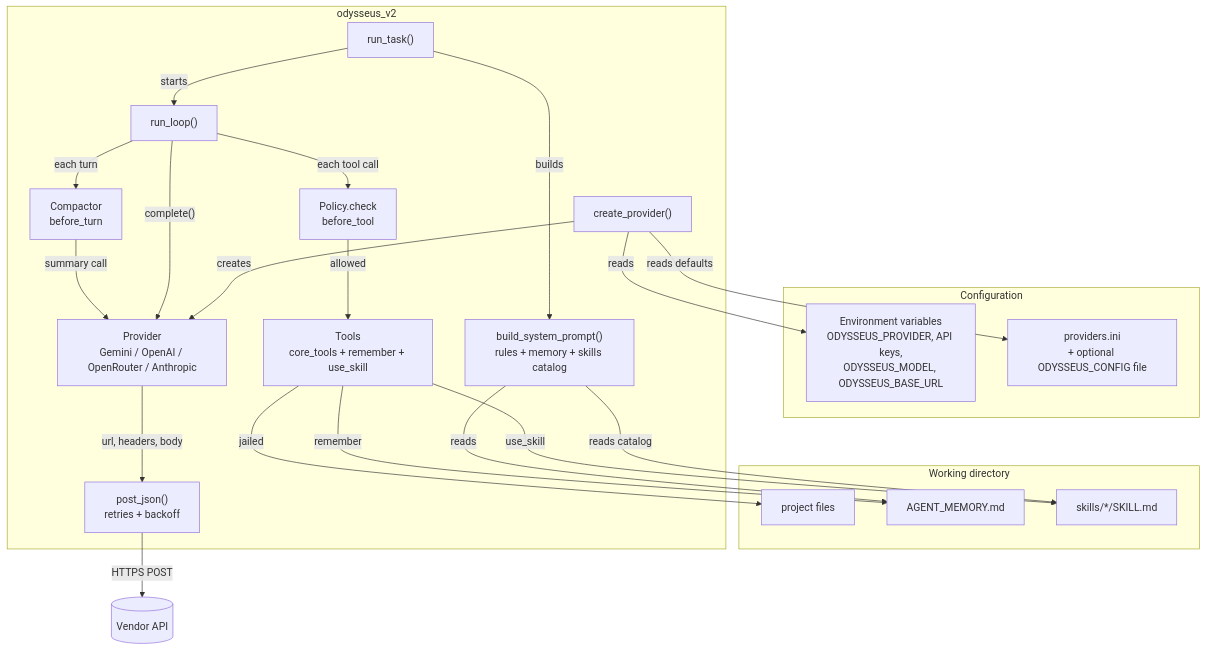
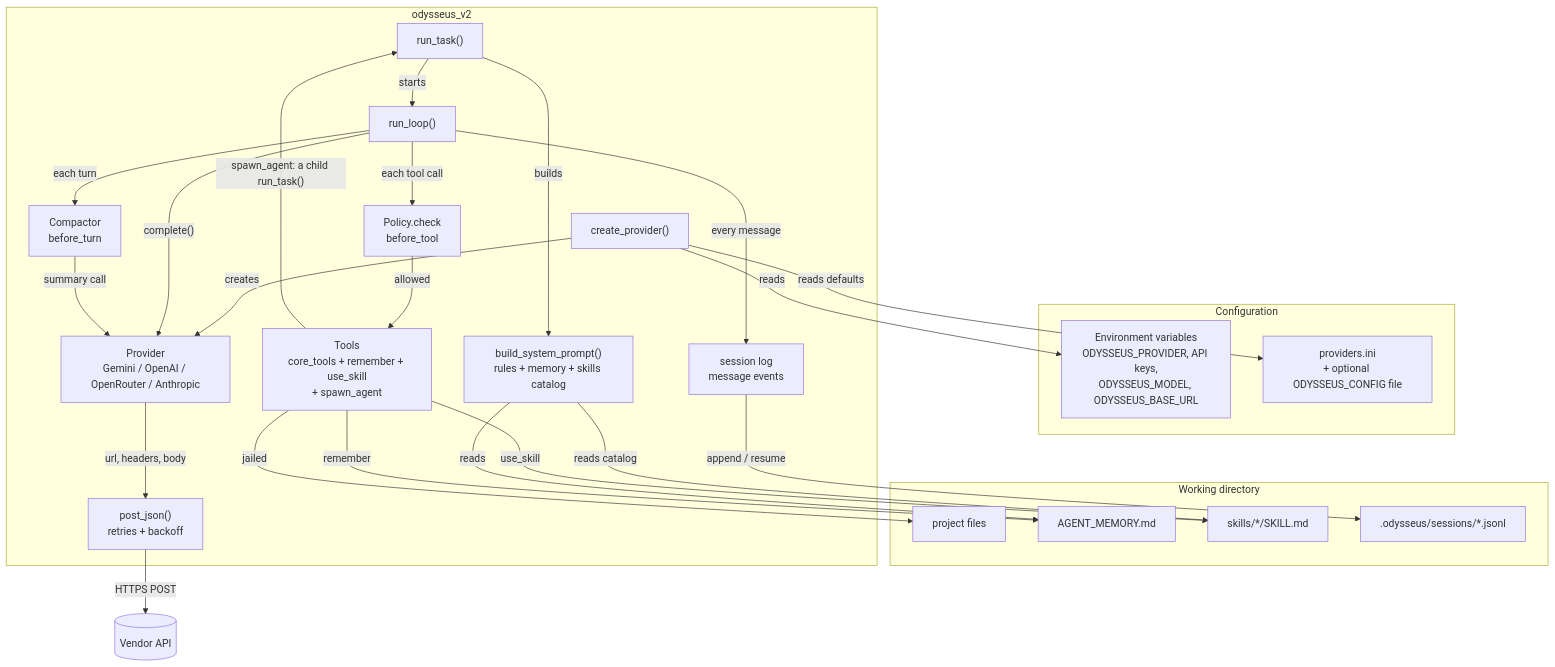
The first of 3 diagrams in odysseus/README.md (kirankumar0710/ai-harness), drawn with Mermaid before and after one commit. The commit also changed other lines of this file and 13 other files, not shown here.

First line of the commit message:
Add the session log, resume after a crash, sub-agents, and the durability demo

````diff
--- a/odysseus/README.md
+++ b/odysseus/README.md
@@ -226,45 +251,50 @@
 ```mermaid
 flowchart TB
     subgraph config["Configuration"]
         env["Environment variables<br/>ODYSSEUS_PROVIDER, API keys,<br/>ODYSSEUS_MODEL, ODYSSEUS_BASE_URL"]
         ini["providers.ini<br/>+ optional ODYSSEUS_CONFIG file"]
     end
 
     subgraph project["Working directory"]
         files["project files"]
         mem["AGENT_MEMORY.md"]
         skills["skills/*/SKILL.md"]
+        sessions[".odysseus/sessions/*.jsonl"]
     end
 
     subgraph odysseus["odysseus_v2"]
         task["run_task()"]
         prompt["build_system_prompt()<br/>rules + memory + skills catalog"]
         loop["run_loop()"]
         compactor["Compactor<br/>before_turn"]
         gate["Policy.check<br/>before_tool"]
-        tools["Tools<br/>core_tools + remember + use_skill"]
+        tools["Tools<br/>core_tools + remember + use_skill<br/>+ spawn_agent"]
+        log["session log<br/>message events"]
         factory["create_provider()"]
         provider["Provider<br/>Gemini / OpenAI / OpenRouter / Anthropic"]
         transport["post_json()<br/>retries + backoff"]
     end
 
     api[("Vendor API")]
 
     factory -- "reads" --> env
     factory -- "reads defaults" --> ini
     factory -- "creates" --> provider
     task -- "builds" --> prompt
     prompt -- "reads" --> mem
     prompt -- "reads catalog" --> skills
     task -- "starts" --> loop
     loop -- "each turn" --> compactor
     loop -- "complete()" --> provider
     compactor -- "summary call" --> provider
     provider -- "url, headers, body" --> transport
     transport -- "HTTPS POST" --> api
     loop -- "each tool call" --> gate
     gate -- "allowed" --> tools
     tools -- "jailed" --> files
     tools -- "remember" --> mem
     tools -- "use_skill" --> skills
+    tools -- "spawn_agent: a child run_task()" --> task
+    loop -- "every message" --> log
+    log -- "append / resume" --> sessions
 ```
````
